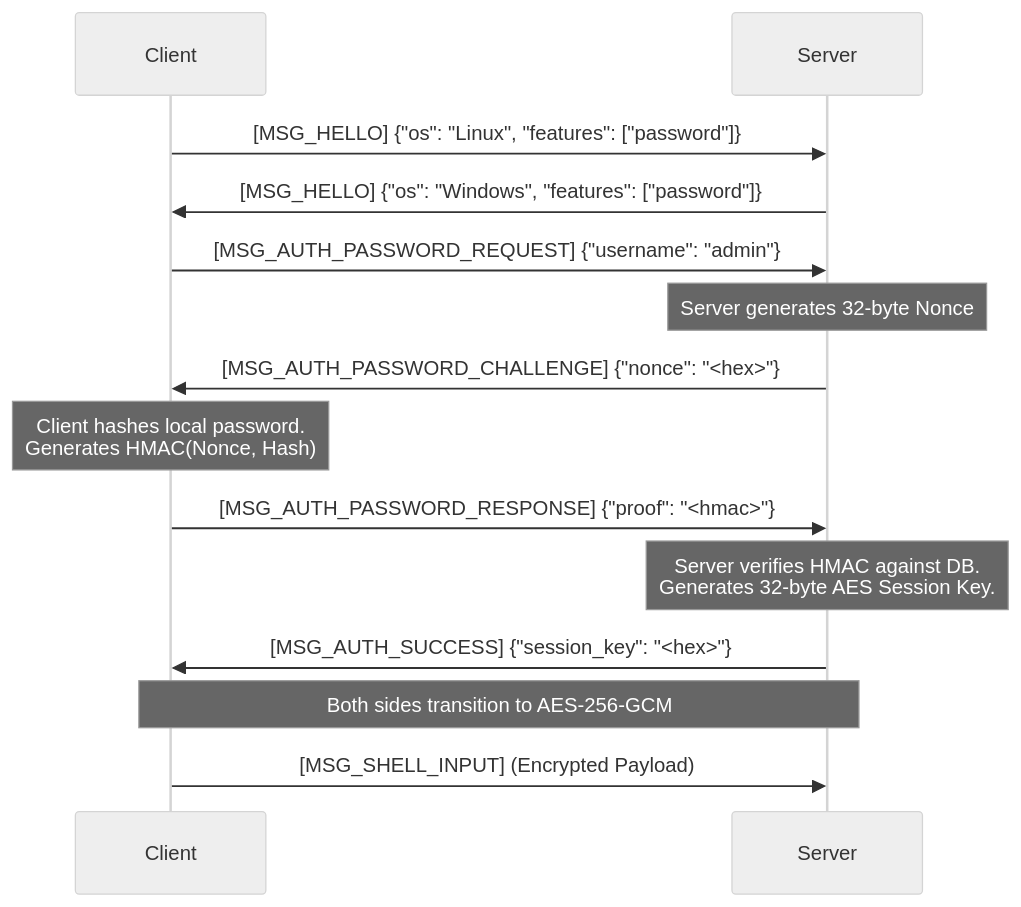
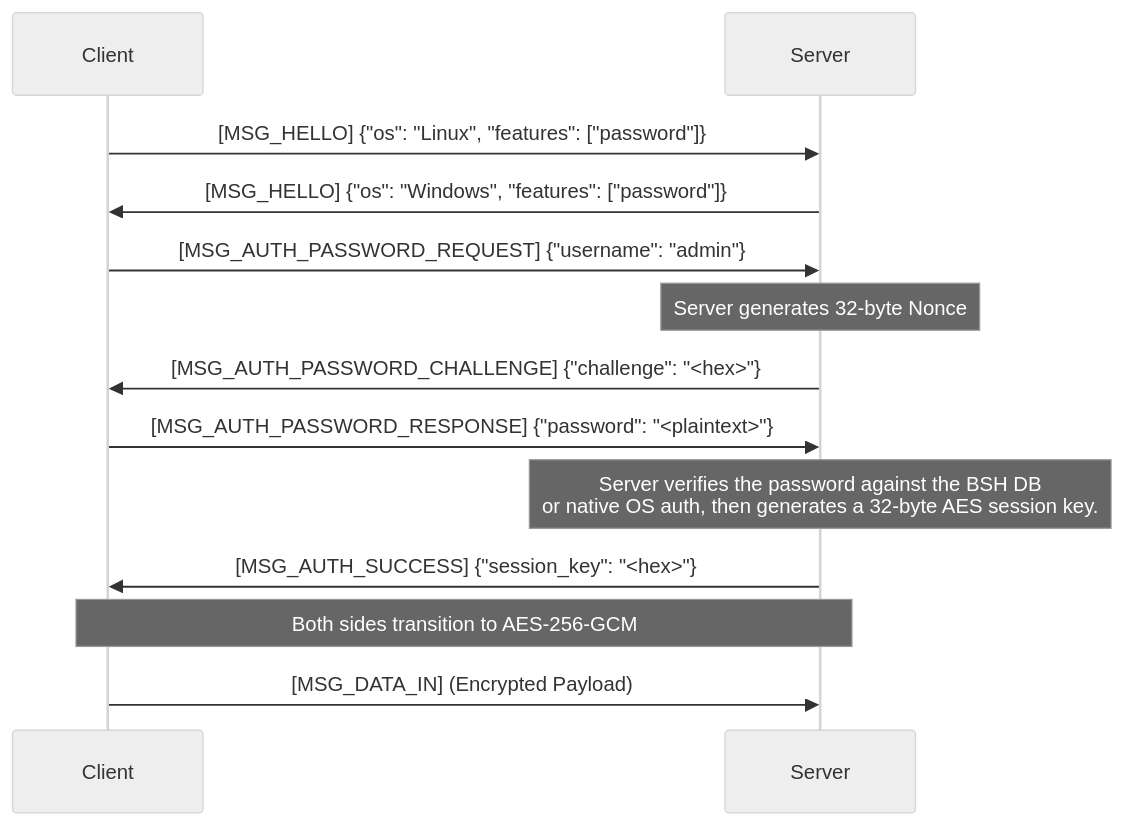
Before and after one commit to Hacker-SriDhar/OpenBSH: the second of 2 diagrams in docs/protocol-security.md, drawn with Mermaid (neutral theme). The commit also changed other lines of this file and 23 other files, not shown here.

````diff
--- a/docs/protocol-security.md
+++ b/docs/protocol-security.md
@@ -74,24 +86,21 @@
 ```mermaid
 sequenceDiagram
     participant C as Client
     participant S as Server
     
     C->>S: [MSG_HELLO] {"os": "Linux", "features": ["password"]}
     S->>C: [MSG_HELLO] {"os": "Windows", "features": ["password"]}
     
     C->>S: [MSG_AUTH_PASSWORD_REQUEST] {"username": "admin"}
     
     Note over S: Server generates 32-byte Nonce
-    S->>C: [MSG_AUTH_PASSWORD_CHALLENGE] {"nonce": "<hex>"}
+    S->>C: [MSG_AUTH_PASSWORD_CHALLENGE] {"challenge": "<hex>"}
+    C->>S: [MSG_AUTH_PASSWORD_RESPONSE] {"password": "<plaintext>"}
     
-    Note over C: Client hashes local password.<br/>Generates HMAC(Nonce, Hash)
-    
-    C->>S: [MSG_AUTH_PASSWORD_RESPONSE] {"proof": "<hmac>"}
-    
-    Note over S: Server verifies HMAC against DB.<br/>Generates 32-byte AES Session Key.
+    Note over S: Server verifies the password against the BSH DB<br/>or native OS auth, then generates a 32-byte AES session key.
     
     S->>C: [MSG_AUTH_SUCCESS] {"session_key": "<hex>"}
     
     Note over C, S: Both sides transition to AES-256-GCM
-    C->>S: [MSG_SHELL_INPUT] (Encrypted Payload)
+    C->>S: [MSG_DATA_IN] (Encrypted Payload)
 ```
````
